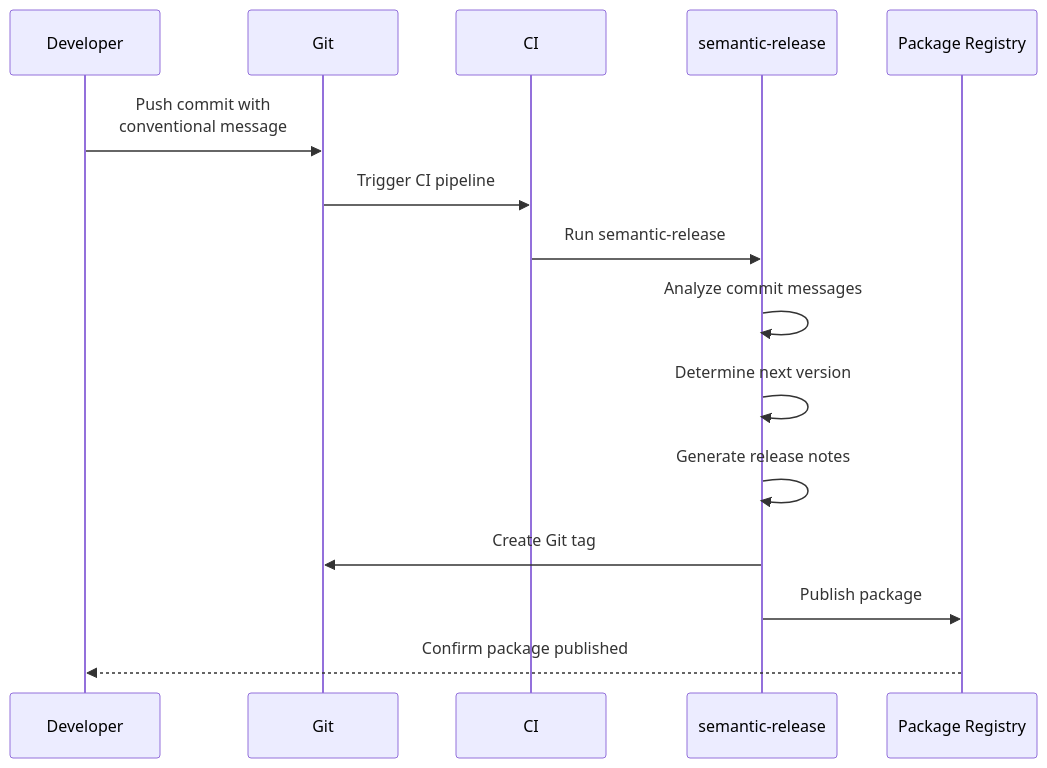
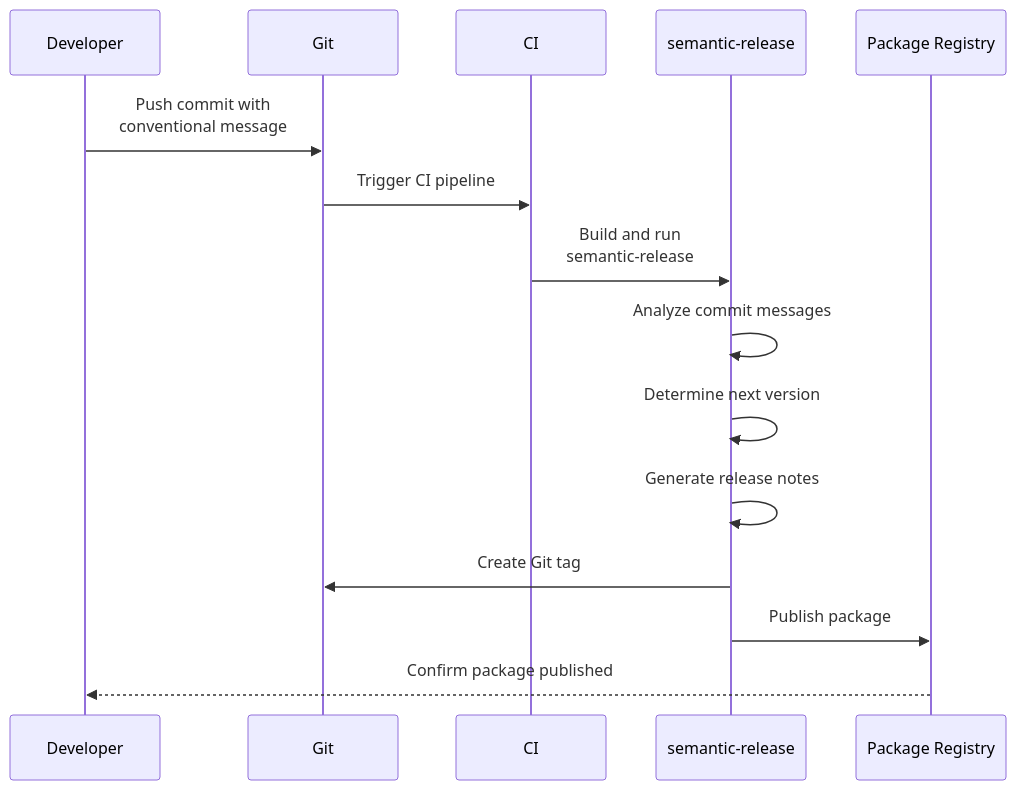
One commit to onajourney/onajourney.github.io changed the diagram in content/notes/abstracting-complexity/packages.md. Above: the diagram before and after it, drawn with Mermaid.

Commit message:
updated chart

````diff
--- a/content/notes/abstracting-complexity/packages.md
+++ b/content/notes/abstracting-complexity/packages.md
@@ -11,17 +11,17 @@
 ```mermaid
 sequenceDiagram
     participant Developer
     participant Git
     participant CI
     participant semantic-release
     participant Package Registry
     Developer->>Git: Push commit with<br/>conventional message
     Git->>CI: Trigger CI pipeline
-    CI->>semantic-release: Run semantic-release
+    CI->>semantic-release: Build and run<br/>semantic-release
     semantic-release->>semantic-release: Analyze commit messages
     semantic-release->>semantic-release: Determine next version
     semantic-release->>semantic-release: Generate release notes
     semantic-release->>Git: Create Git tag
     semantic-release->>Package Registry: Publish package
     Package Registry-->>Developer: Confirm package published
 ```
````
